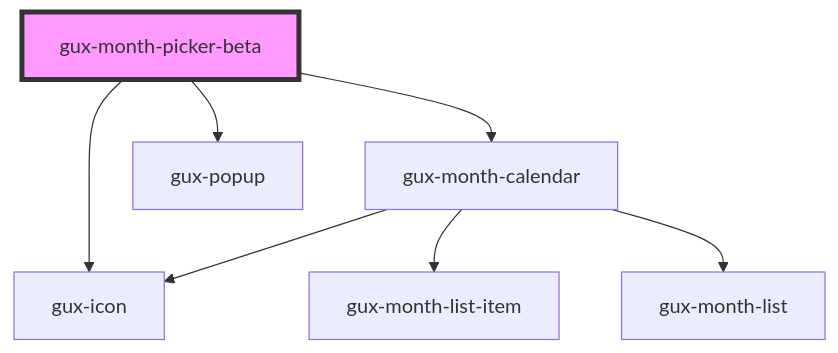
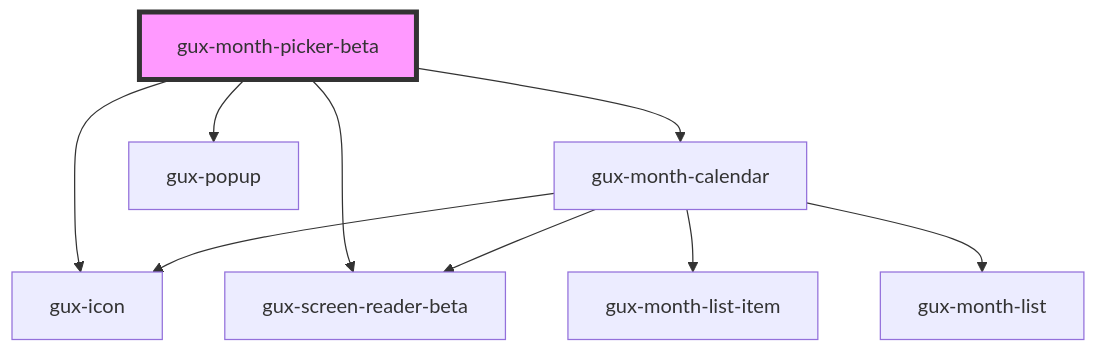
Before and after one commit to MyPureCloud/genesys-spark: the diagram in packages/genesys-spark-components/src/components/beta/gux-month-picker/readme.md, drawn with Mermaid. The commit also changed other lines of this file and 6 other files, not shown here.

````diff
--- a/packages/genesys-spark-components/src/components/beta/gux-month-picker/readme.md
+++ b/packages/genesys-spark-components/src/components/beta/gux-month-picker/readme.md
@@ -27,10 +28,12 @@
 ```mermaid
 graph TD;
   gux-month-picker-beta --> gux-icon
+  gux-month-picker-beta --> gux-screen-reader-beta
   gux-month-picker-beta --> gux-month-calendar
   gux-month-picker-beta --> gux-popup
   gux-month-calendar --> gux-icon
+  gux-month-calendar --> gux-screen-reader-beta
   gux-month-calendar --> gux-month-list-item
   gux-month-calendar --> gux-month-list
   style gux-month-picker-beta fill:#f9f,stroke:#333,stroke-width:4px
 ```
````
